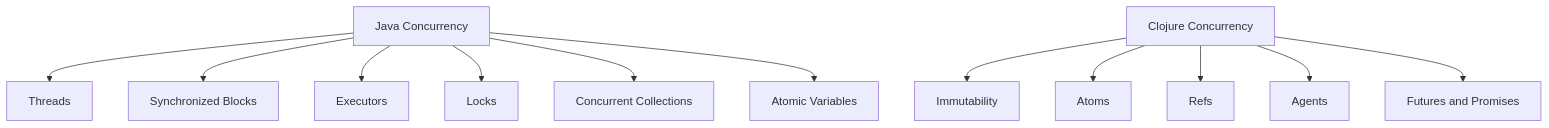
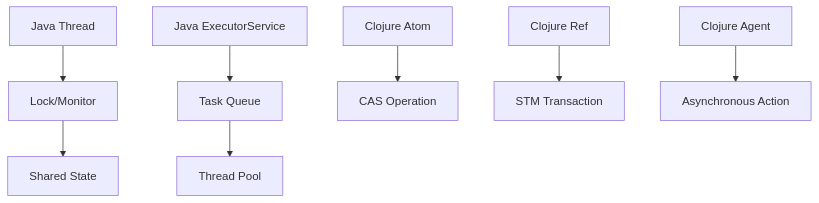
One commit to MasteryEducation/ClojureForJava.com changed the diagram in content/3/10/1/index.md. Above: the diagram before and after it, drawn with Mermaid. The commit also changed other lines of this file and 74 other files, not shown here.

````diff
--- a/content/3/10/1/index.md
+++ b/content/3/10/1/index.md
@@ -217,14 +174,11 @@
 ```mermaid
 graph TD;
-    A[Java Concurrency] --> B[Threads];
-    A --> C[Synchronized Blocks];
-    A --> D[Executors];
-    A --> E[Locks];
-    A --> F[Concurrent Collections];
-    A --> G[Atomic Variables];
-    H[Clojure Concurrency] --> I[Immutability];
-    H --> J[Atoms];
-    H --> K[Refs];
-    H --> L[Agents];
-    H --> M[Futures and Promises];
+    A[Java Thread] --> B[Lock/Monitor];
+    B --> C[Shared State];
+    D[Java ExecutorService] --> E[Task Queue];
+    E --> F[Thread Pool];
+
+    G[Clojure Atom] --> H[CAS Operation];
+    I[Clojure Ref] --> J[STM Transaction];
+    K[Clojure Agent] --> L[Asynchronous Action];
 ```
````
